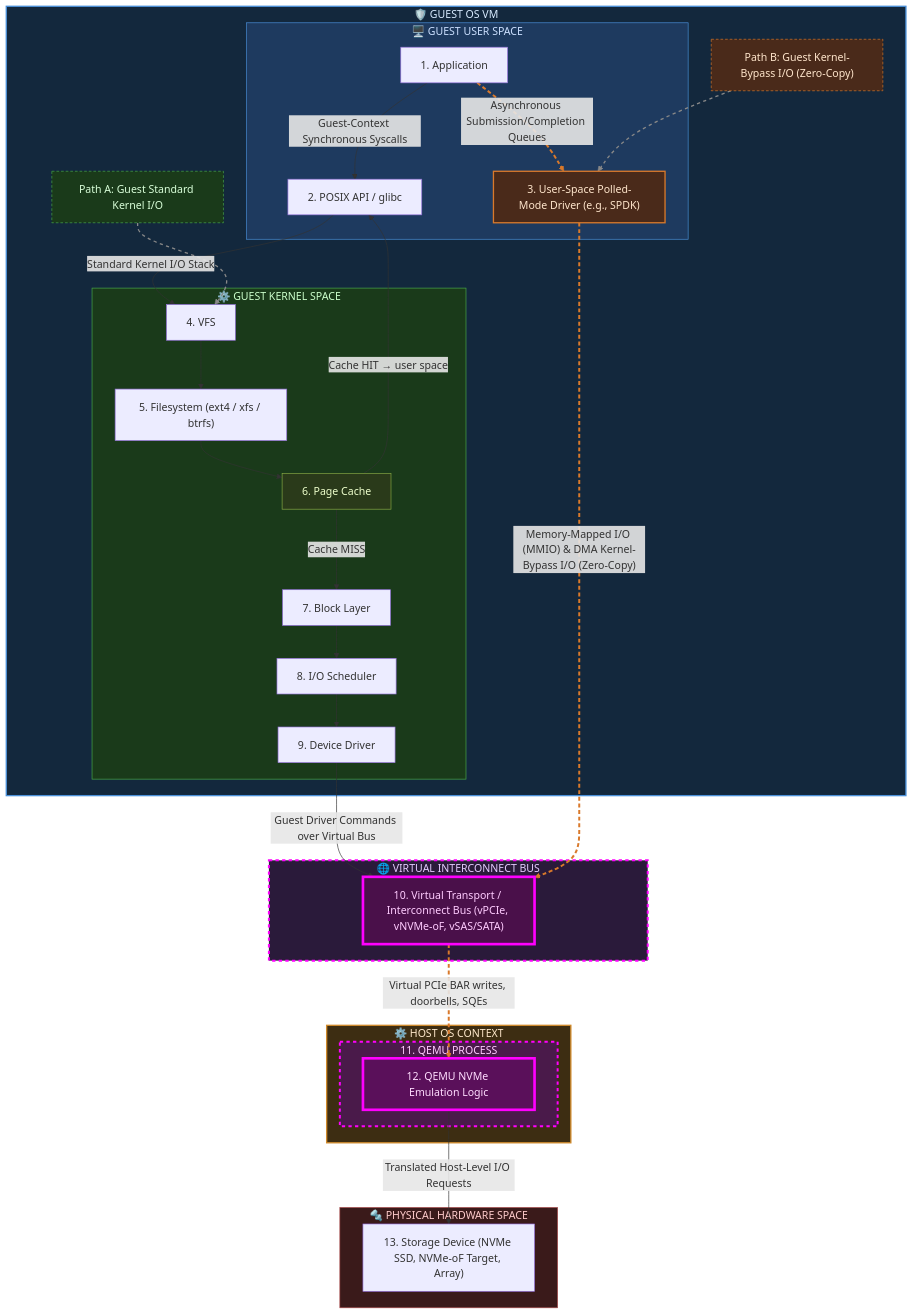
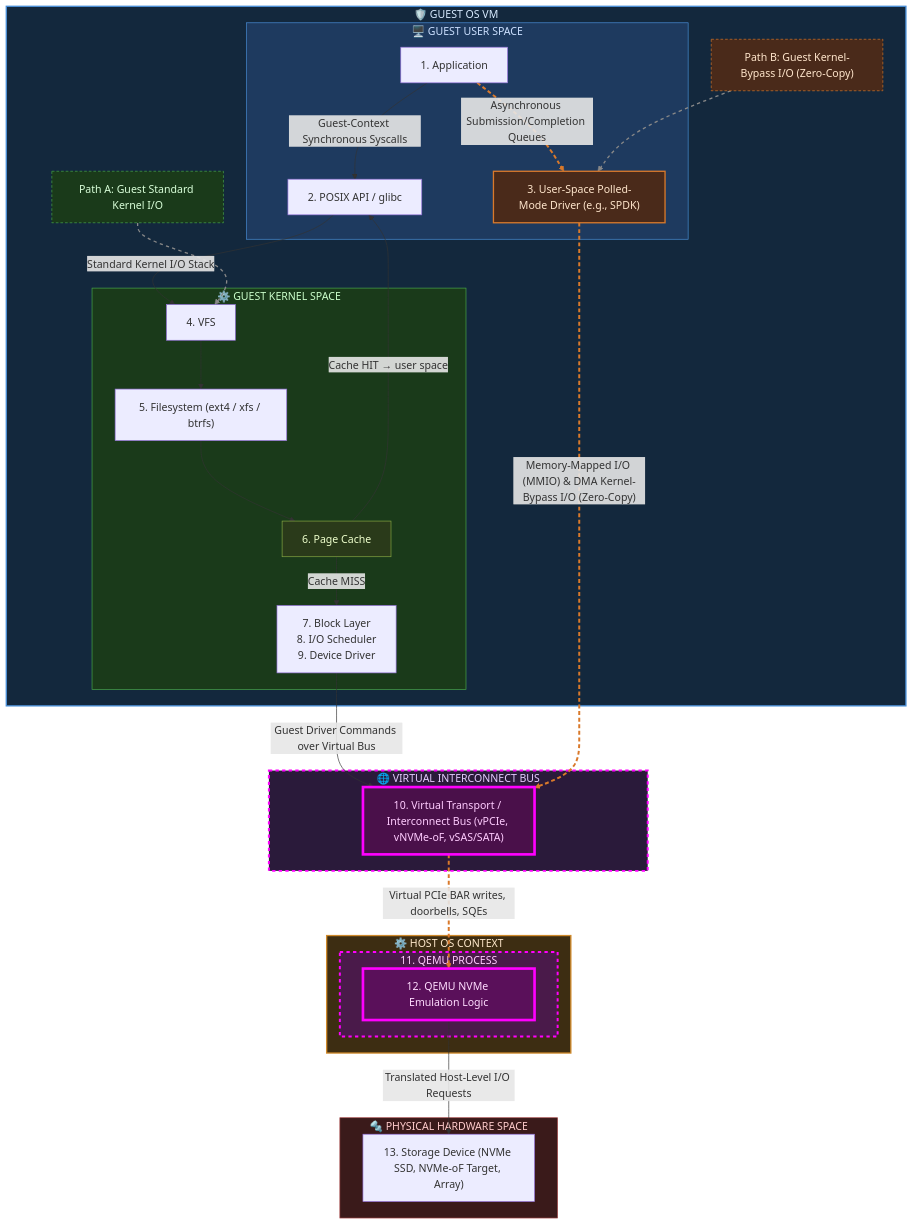
Before and after one commit to SiliconLanguage/dataplane-emu: the diagram in docs/arch/qemu-nvme-storage-stack.md, drawn with Mermaid.

Commit message:
docs(arch): consolidate kernel nodes 7, 8, 9 into single multi-line block layer node

````diff
--- a/docs/arch/qemu-nvme-storage-stack.md
+++ b/docs/arch/qemu-nvme-storage-stack.md
@@ -5,73 +5,69 @@
 ```mermaid
 flowchart TD
     subgraph GUEST["🛡️ GUEST OS VM"]
         subgraph USER["🖥️ GUEST USER SPACE"]
             A["1. Application"]
             B["2. POSIX API / glibc"]
             J["3. User-Space Polled-Mode Driver (e.g., SPDK)"]
         end
 
         subgraph KERNEL["⚙️ GUEST KERNEL SPACE"]
             C["4. VFS"]
             D["5. Filesystem (ext4 / xfs / btrfs)"]
             E["6. Page Cache"]
-            F["7. Block Layer"]
-            G["8. I/O Scheduler"]
-            H["9. Device Driver"]
+            F["7. Block Layer<br/>8. I/O Scheduler<br/>9. Device Driver"]
         end
 
         P1["Path A: Guest Standard Kernel I/O"]
         P2["Path B: Guest Kernel-Bypass I/O (Zero-Copy)"]
     end
 
     subgraph VIRTUAL_HW["🌐 VIRTUAL INTERCONNECT BUS"]
         T["10. Virtual Transport / Interconnect Bus (vPCIe, vNVMe-oF, vSAS/SATA)"]
     end
 
     subgraph HOST["⚙️ HOST OS CONTEXT"]
         subgraph QEMU["11. QEMU PROCESS"]
             QN["12. QEMU NVMe Emulation Logic"]
         end
     end
 
     subgraph PHYSICAL_HW["🔩 PHYSICAL HARDWARE SPACE"]
         I["13. Storage Device (NVMe SSD, NVMe-oF Target, Array)"]
     end
 
     A -->|"Guest-Context Synchronous Syscalls"| B
     B -->|"Standard Kernel I/O Stack"| C
     C --> D
     D --> E
     E -->|"Cache HIT → user space"| B
     E -->|"Cache MISS"| F
-    F --> G
-    G --> H
-    H -->|"Guest Driver Commands over Virtual Bus"| T
+    F -->|"Guest Driver Commands over Virtual Bus"| T
 
     A -->|"Asynchronous Submission/Completion Queues"| J
     J -->|"Memory-Mapped I/O (MMIO) & DMA Kernel-Bypass I/O (Zero-Copy)"| T
     T -->|"Virtual PCIe BAR writes, doorbells, SQEs"| QN
     QN -->|"Translated Host-Level I/O Requests"| I
 
     P1 -.-> C
     P2 -.-> J
 
     style GUEST fill:#13283d,color:#d8ebff,stroke:#4a90d9,stroke-width:2px
     style USER fill:#1e3a5f,color:#cce0ff,stroke:#4a90d9
     style KERNEL fill:#1a3a1a,color:#ccffcc,stroke:#4aaa4a
     style HOST fill:#3d2d12,color:#ffe9cc,stroke:#d08a2b,stroke-width:2px
     style QEMU fill:#4a1a4a,color:#ffccff,stroke:#ff00ff,stroke-width:3px,stroke-dasharray: 5 5
     style QN fill:#5a105a,color:#ffddff,stroke:#ff00ff,stroke-width:4px
     style VIRTUAL_HW fill:#2a1a3a,color:#e6ccff,stroke:#ff00ff,stroke-width:3px,stroke-dasharray: 5 5
     style PHYSICAL_HW fill:#3a1a1a,color:#ffcccc,stroke:#aa4a4a
     style E fill:#2a3a1a,color:#eeffcc,stroke:#88aa44
     style J fill:#4a2a1a,color:#ffe6cc,stroke:#d9792b,stroke-width:2px
     style T fill:#4a104a,color:#ffccff,stroke:#ff00ff,stroke-width:4px
     style P1 fill:#1a3a1a,color:#d9ffd9,stroke:#4aaa4a,stroke-dasharray: 4 3
     style P2 fill:#4a2a1a,color:#ffe6cc,stroke:#d9792b,stroke-dasharray: 4 3
+    linkStyle 7 stroke:#d9792b,stroke-width:3px,stroke-dasharray: 6 4
+    linkStyle 8 stroke:#d9792b,stroke-width:3px,stroke-dasharray: 6 4
     linkStyle 9 stroke:#d9792b,stroke-width:3px,stroke-dasharray: 6 4
-    linkStyle 10 stroke:#d9792b,stroke-width:3px,stroke-dasharray: 6 4
-    linkStyle 11 stroke:#d9792b,stroke-width:3px,stroke-dasharray: 6 4
-    linkStyle 13 stroke:#888,stroke-width:2px,stroke-dasharray: 5 5
-    linkStyle 14 stroke:#888,stroke-width:2px,stroke-dasharray: 5 5
+    linkStyle 11 stroke:#888,stroke-width:2px,stroke-dasharray: 5 5
+    linkStyle 12 stroke:#888,stroke-width:2px,stroke-dasharray: 5 5
 ```
````
